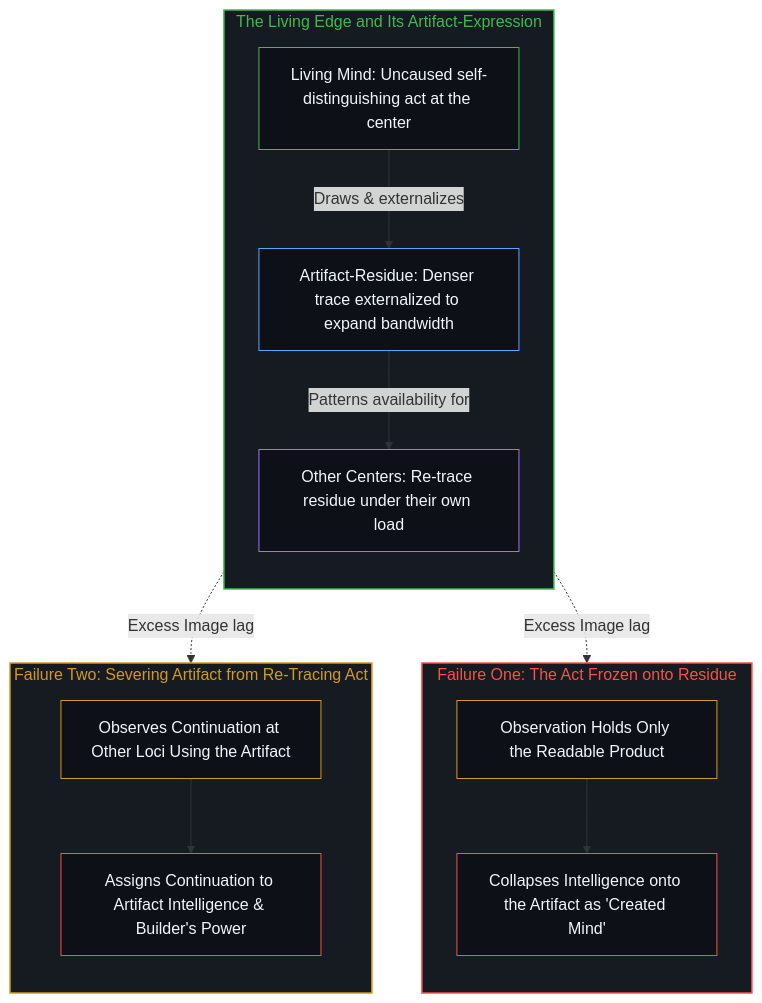
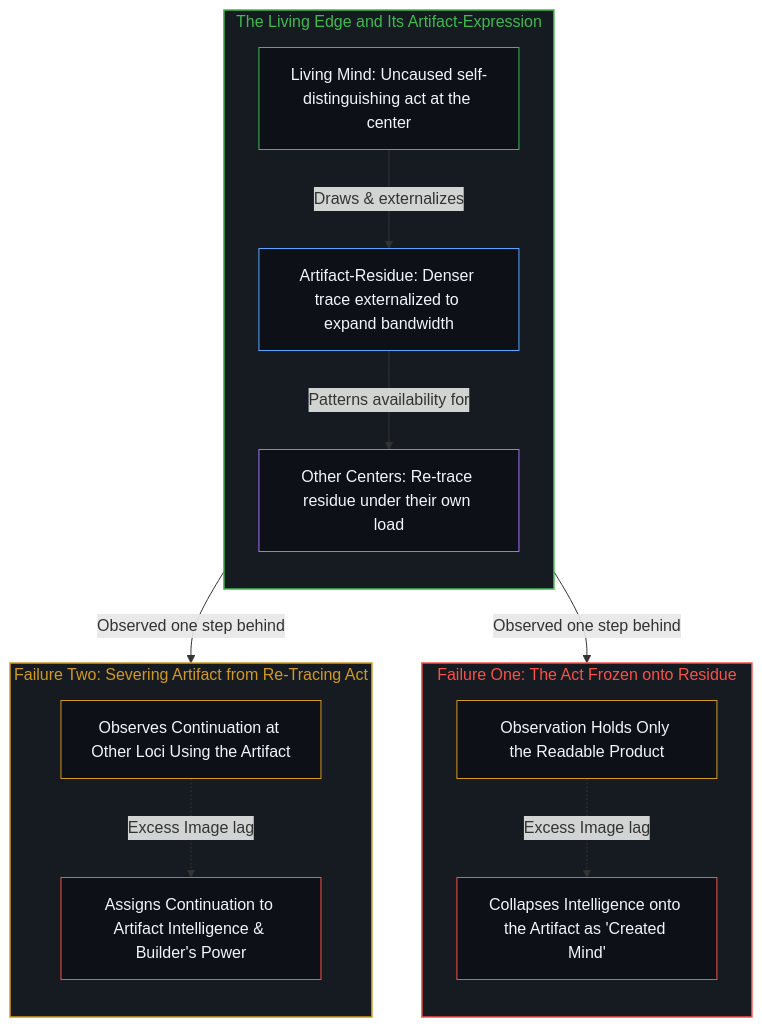
One commit to powerpig99/not-a-toe changed the second of 2 diagrams in content/posts/two-failures-of-trace.md. Above: the diagram before and after it, drawn with Mermaid. The commit also changed other lines of this file and 4 other files, not shown here.

````diff
--- a/content/posts/two-failures-of-trace.md
+++ b/content/posts/two-failures-of-trace.md
@@ -77,35 +77,35 @@
 ```mermaid
 flowchart TD
     subgraph S_Act["The Living Edge and Its Artifact-Expression"]
         direction TB
         Mind["Living Mind: Uncaused self-distinguishing act at the center"]
         Res["Artifact-Residue: Denser trace externalized to expand bandwidth"]
         Other["Other Centers: Re-trace residue under their own load"]
         Mind -->|"Draws & externalizes"| Res
         Res -->|"Patterns availability for"| Other
     end
     subgraph S_F1["Failure One: The Act Frozen onto Residue"]
         direction TB
         Look1["Observation Holds Only the Readable Product"]
         Freeze1["Collapses Intelligence onto the Artifact as 'Created Mind'"]
-        Look1 --> Freeze1
+        Look1 -.->|"Excess Image lag"| Freeze1
     end
     subgraph S_F2["Failure Two: Severing Artifact from Re-Tracing Act"]
         direction TB
         Look2["Observes Continuation at Other Loci Using the Artifact"]
         Freeze2["Assigns Continuation to Artifact Intelligence & Builder's Power"]
-        Look2 --> Freeze2
+        Look2 -.->|"Excess Image lag"| Freeze2
     end
-    Res -.->|"Excess Image lag"| Look1
-    Other -.->|"Excess Image lag"| Look2
+    Res -->|"Observed one step behind"| Look1
+    Other -->|"Observed one step behind"| Look2
     style S_Act fill:#161b22,stroke:#3fb950,stroke-width:1.5px,color:#3fb950
     style S_F1 fill:#161b22,stroke:#f85149,stroke-width:1.5px,color:#f85149
     style S_F2 fill:#161b22,stroke:#d29922,stroke-width:1.5px,color:#d29922
     style Mind fill:#0d1117,stroke:#3fb950,stroke-width:1px,color:#f0f6fc
     style Res fill:#0d1117,stroke:#58a6ff,stroke-width:1px,color:#f0f6fc
     style Other fill:#0d1117,stroke:#a371f7,stroke-width:1px,color:#f0f6fc
     style Look1 fill:#0d1117,stroke:#d29922,stroke-width:1px,color:#f0f6fc
     style Freeze1 fill:#0d1117,stroke:#f85149,stroke-width:1px,color:#f0f6fc
     style Look2 fill:#0d1117,stroke:#d29922,stroke-width:1px,color:#f0f6fc
     style Freeze2 fill:#0d1117,stroke:#f85149,stroke-width:1px,color:#f0f6fc
 ```
````
